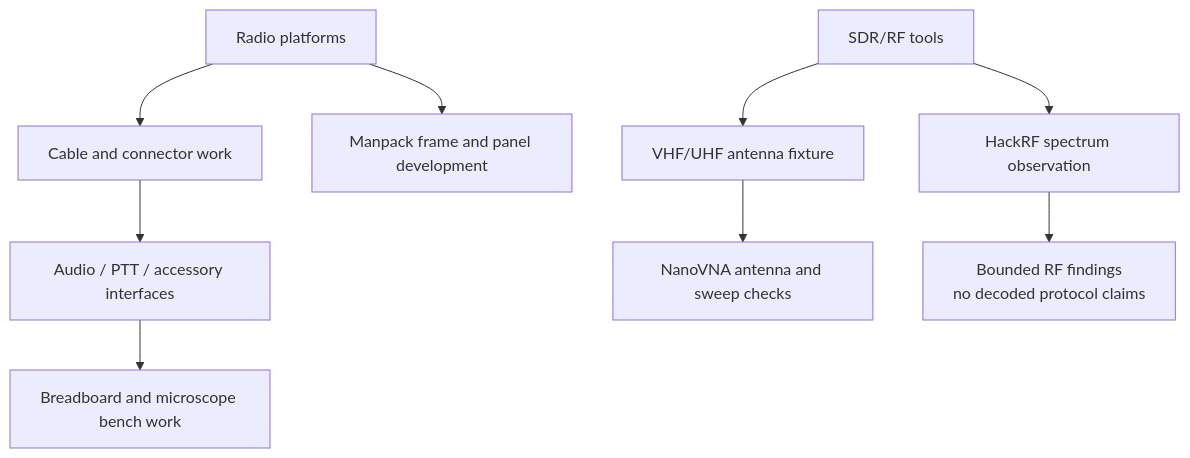
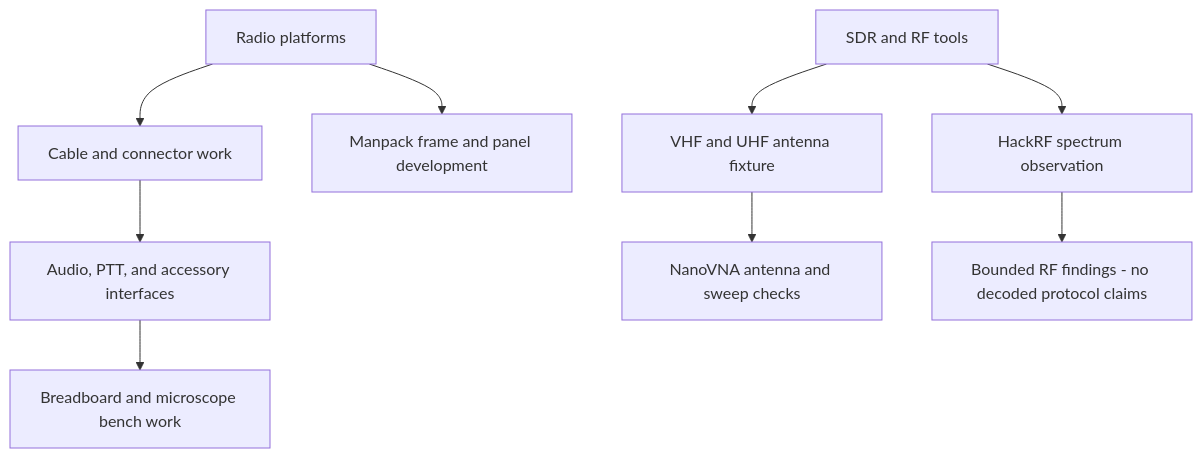
One commit to jjudge213/radio-electronics-interface-lab changed the diagram in README.md. Above: the diagram before and after it, drawn with Mermaid. The commit also changed other lines of this file, not shown here.

Commit message:
Fix REI diagram rendering

````diff
--- a/README.md
+++ b/README.md
@@ -7,11 +5,11 @@
 ```mermaid
 flowchart TD
-    radio[Radio platforms] --> cable[Cable and connector work]
-    cable --> audio[Audio / PTT / accessory interfaces]
-    audio --> bench[Breadboard and microscope bench work]
-    radio --> manpack[Manpack frame and panel development]
-    rf[SDR/RF tools] --> sweep[HackRF spectrum observation]
-    rf --> antenna[VHF/UHF antenna fixture]
-    antenna --> nanovna[NanoVNA antenna and sweep checks]
-    sweep --> notes[Bounded RF findings<br/>no decoded protocol claims]
+    radio["Radio platforms"] --> cable["Cable and connector work"]
+    cable --> audio["Audio, PTT, and accessory interfaces"]
+    audio --> bench["Breadboard and microscope bench work"]
+    radio --> manpack["Manpack frame and panel development"]
+    rf["SDR and RF tools"] --> sweep["HackRF spectrum observation"]
+    rf --> antenna["VHF and UHF antenna fixture"]
+    antenna --> nanovna["NanoVNA antenna and sweep checks"]
+    sweep --> notes["Bounded RF findings - no decoded protocol claims"]
 ```
````
